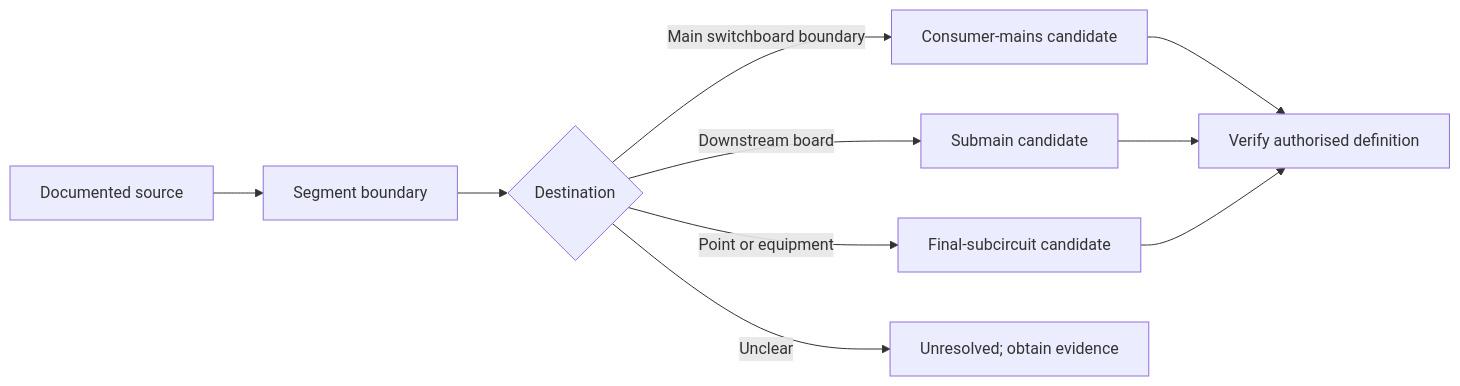
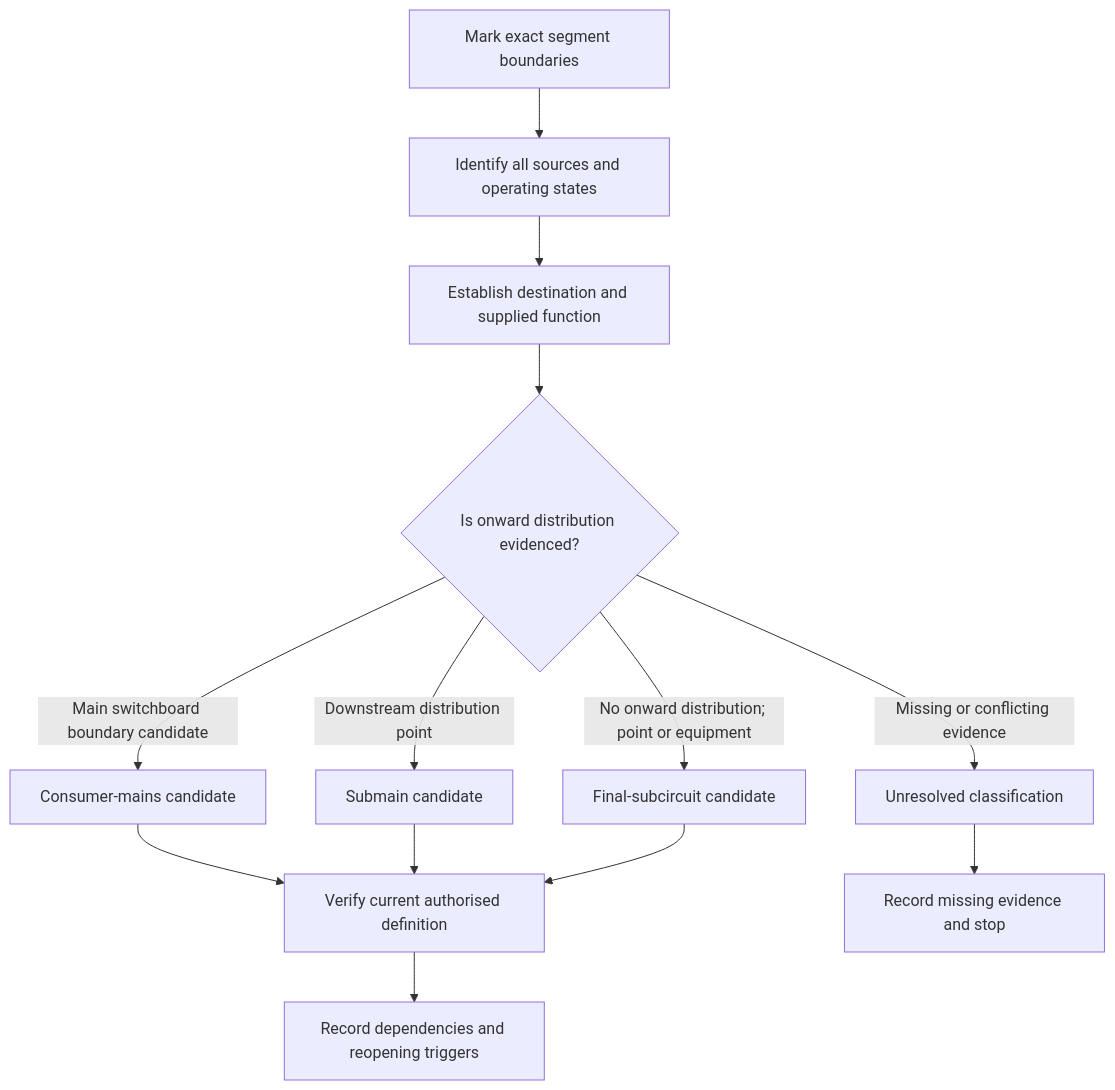
The first of 2 diagrams in docs/learning-plans/6-week/modules/day-27-consumer-mains-submains-and-final-subcircuit-roles.md (andrew3stedall/capstone), drawn with Mermaid before and after one commit. The commit also changed other lines of this file and 4 other files, not shown here.

````diff
--- a/docs/learning-plans/6-week/modules/day-27-consumer-mains-submains-and-final-subcircuit-roles.md
+++ b/docs/learning-plans/6-week/modules/day-27-consumer-mains-submains-and-final-subcircuit-roles.md
@@ -53,12 +87,15 @@
 ```mermaid
-flowchart LR
-    A[Documented source] --> B[Segment boundary]
-    B --> C{Destination}
-    C -->|Main switchboard boundary| D[Consumer-mains candidate]
-    C -->|Downstream board| E[Submain candidate]
-    C -->|Point or equipment| F[Final-subcircuit candidate]
-    D --> G[Verify authorised definition]
-    E --> G
-    F --> G
-    C -->|Unclear| H[Unresolved; obtain evidence]
+flowchart TD
+    A[Mark exact segment boundaries] --> B[Identify all sources and operating states]
+    B --> C[Establish destination and supplied function]
+    C --> D{Is onward distribution evidenced?}
+    D -->|Main switchboard boundary candidate| E[Consumer-mains candidate]
+    D -->|Downstream distribution point| F[Submain candidate]
+    D -->|No onward distribution; point or equipment| G[Final-subcircuit candidate]
+    D -->|Missing or conflicting evidence| H[Unresolved classification]
+    E --> I[Verify current authorised definition]
+    F --> I
+    G --> I
+    H --> J[Record missing evidence and stop]
+    I --> K[Record dependencies and reopening triggers]
 ```
````
